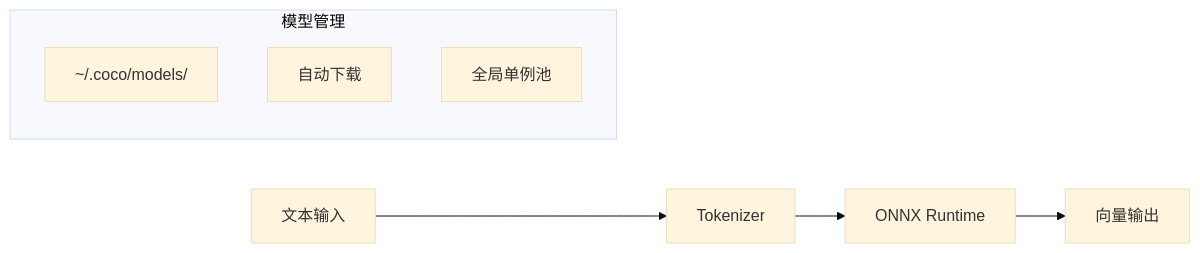
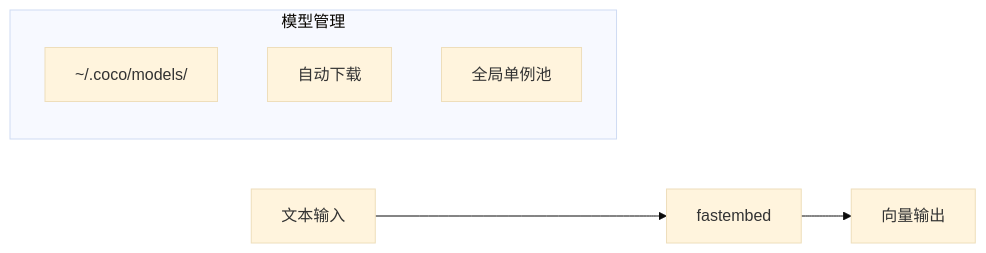
Before and after one commit to shiertier/coco: the fifth of 8 diagrams in tasks.md, drawn with Mermaid (base theme). The commit also changed other lines of this file and 15 other files, not shown here.

````diff
--- a/tasks.md
+++ b/tasks.md
@@ -528,12 +535,11 @@
 ```mermaid
 flowchart LR
-    Input[文本输入] --> Tokenizer[Tokenizer]
-    Tokenizer --> ONNX[ONNX Runtime]
-    ONNX --> Vector[向量输出]
+    Input[文本输入] --> FastEmbed[fastembed]
+    FastEmbed --> Vector[向量输出]
 
     subgraph "模型管理"
         Cache[~/.coco/models/]
         Download[自动下载]
         Pool[全局单例池]
     end
 ```
````
